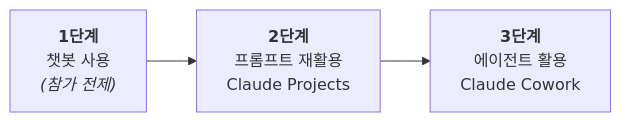
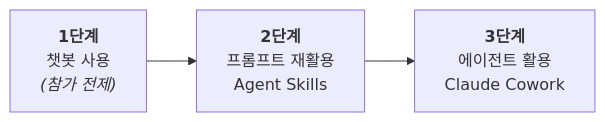
Before and after one commit to scroogy-dev/ai-onboarding: the first of 2 diagrams in slides/slides.md, drawn with Mermaid. The commit also changed other lines of this file and 2 other files, not shown here.

````diff
--- a/slides/slides.md
+++ b/slides/slides.md
@@ -115,7 +115,7 @@
 ```mermaid {scale: 0.85}
 flowchart LR
     A["<b>1단계</b><br/>챗봇 사용<br/><i>(참가 전제)</i>"]
-    B["<b>2단계</b><br/>프롬프트 재활용<br/>Claude Projects"]
+    B["<b>2단계</b><br/>프롬프트 재활용<br/>Agent Skills"]
     C["<b>3단계</b><br/>에이전트 활용<br/>Claude Cowork"]
     A --> B --> C
 ```
````
